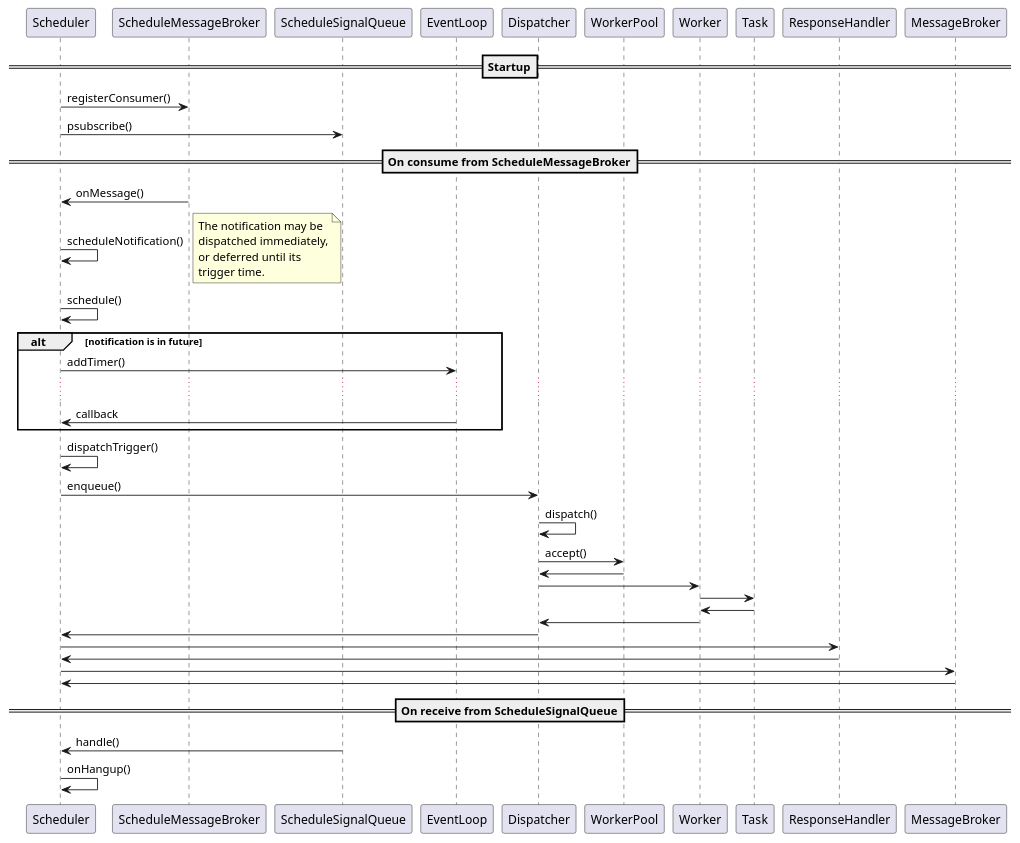
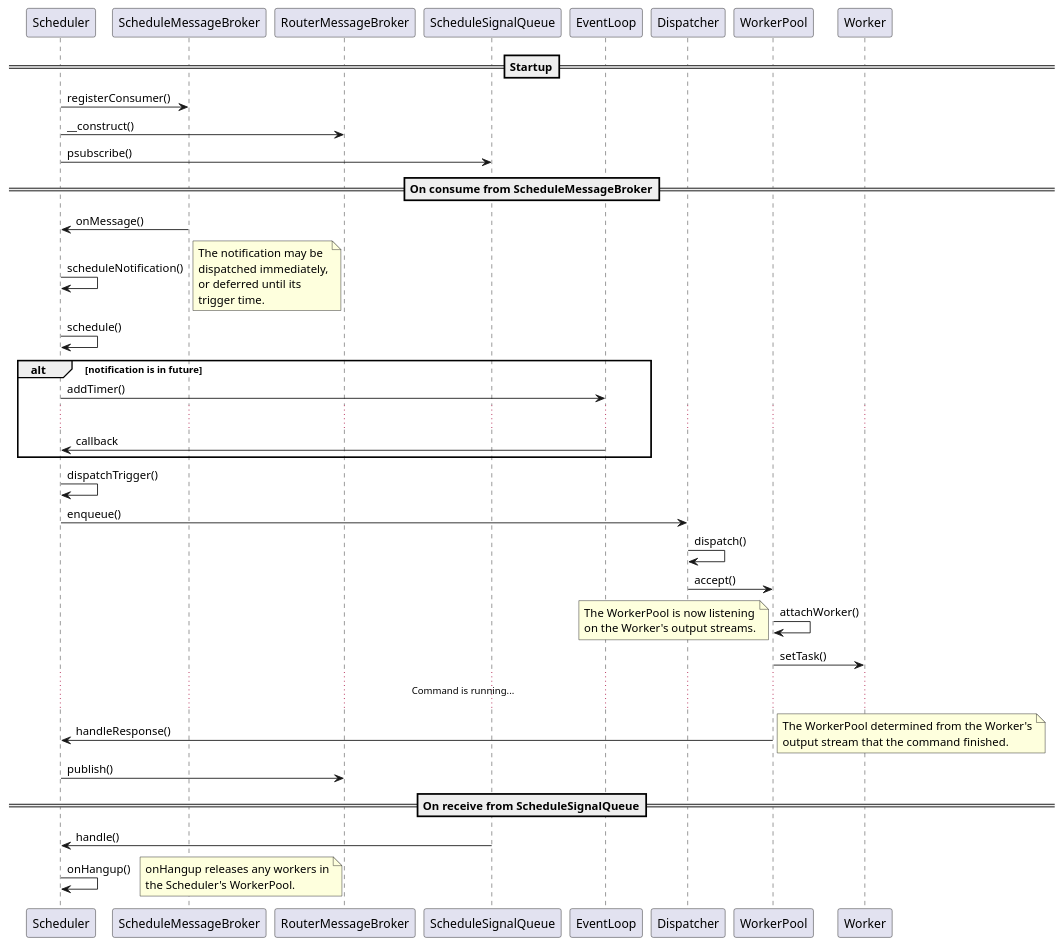
Before and after one commit to juliaattrevisan/schoolbox-api-docs: the diagram in docs/notifications/scheduling.plantuml, drawn with PlantUML. The commit also changed other lines of this file, not shown here.

Commit message:
Add router broker, remove separate dispatch diagram [SA-6488]

```diff
--- a/docs/notifications/scheduling.plantuml
+++ b/docs/notifications/scheduling.plantuml
@@ -1,52 +1,63 @@
 @startuml
 
 ==Startup==
 
 Scheduler -> ScheduleMessageBroker : registerConsumer()
+Scheduler -> RouterMessageBroker : __construct()
 Scheduler -> ScheduleSignalQueue : psubscribe()
 
 ==On consume from ScheduleMessageBroker==
 
 ' Workflow on receive msg from msg broker
 Scheduler <- ScheduleMessageBroker : onMessage()
 Scheduler -> Scheduler : scheduleNotification()
 note right
     The notification may be
     dispatched immediately,
     or deferred until its
     trigger time.
 end note
 Scheduler -> Scheduler : schedule()
 
 alt notification is in future
 Scheduler -> EventLoop : addTimer()
 ...
 Scheduler <- EventLoop : callback
 end
 
 Scheduler -> Scheduler : dispatchTrigger()
 Scheduler -> Dispatcher : enqueue()
 Dispatcher -> Dispatcher : dispatch()
 Dispatcher -> WorkerPool : accept()
-Dispatcher <- WorkerPool
-Dispatcher -> Worker
-Worker -> Task
-Worker <- Task
-Dispatcher <- Worker
-Scheduler <- Dispatcher
-Scheduler -> ResponseHandler
-Scheduler <- ResponseHandler
-Scheduler -> MessageBroker
-Scheduler <- MessageBroker
+WorkerPool -> WorkerPool : attachWorker()
+note left
+    The WorkerPool is now listening
+    on the Worker's output streams.
+end note
+WorkerPool -> Worker : setTask()
+...Command is running......
+
+Scheduler <- WorkerPool : handleResponse()
+note right
+    The WorkerPool determined from the Worker's
+    output stream that the command finished.
+end note
+
+Scheduler -> RouterMessageBroker : publish()
+
 
 '==On receive from Worker==
 '
 'Scheduler <- Worker : handleResponse()
 'Scheduler -> ScheduleMessageBroker
 
 ==On receive from ScheduleSignalQueue==
 
 Scheduler <- ScheduleSignalQueue : handle()
 Scheduler -> Scheduler : onHangup()
+note right
+    onHangup releases any workers in
+    the Scheduler's WorkerPool.
+end note
 
 @enduml
```
